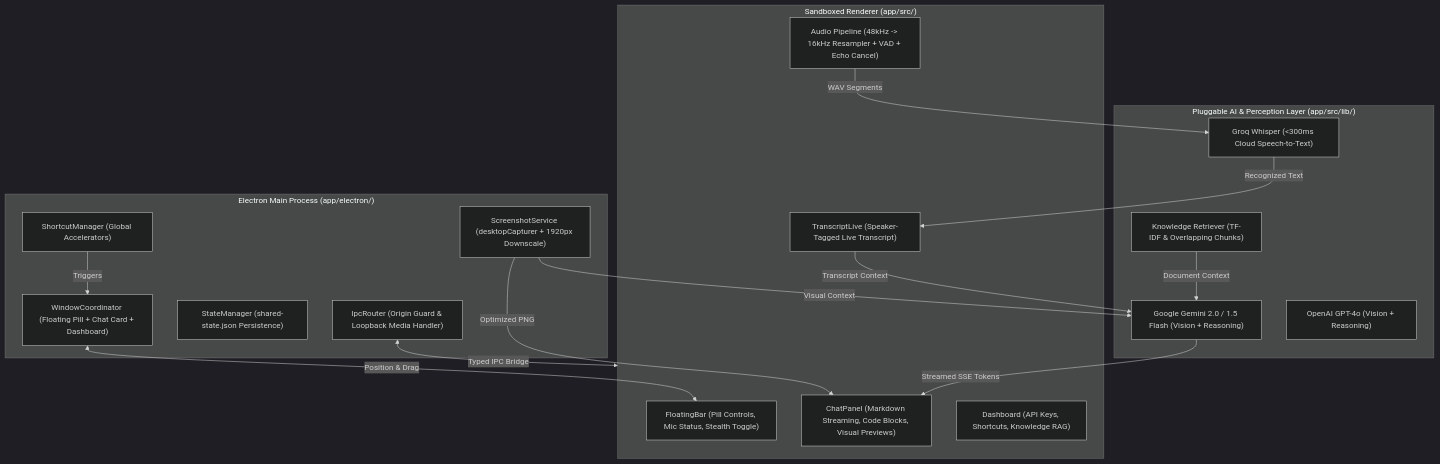
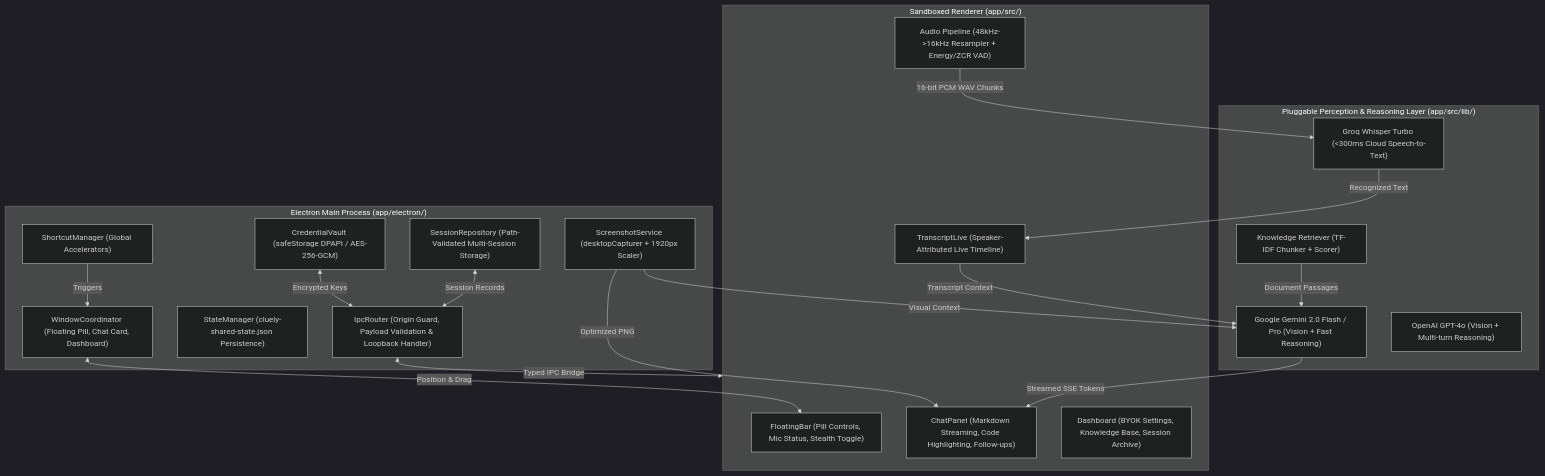
One commit to MokuLakshithReddy/Cluely-AI-Desktop-Assistant changed the diagram in README.md. Above: the diagram before and after it, drawn with Mermaid (dark theme). The commit also changed other lines of this file, not shown here.

Commit message:
docs: comprehensive update to README with detailed architecture, verification matrix, and usage guide

````diff
--- a/README.md
+++ b/README.md
@@ -98,36 +114,40 @@
 ```mermaid
 flowchart TD
     subgraph PrivilegedMain ["Electron Main Process (app/electron/)"]
-        Coord["WindowCoordinator (Floating Pill + Chat Card + Dashboard)"]
+        Coord["WindowCoordinator (Floating Pill, Chat Card, Dashboard)"]
         Shortcuts["ShortcutManager (Global Accelerators)"]
-        ScreenSvc["ScreenshotService (desktopCapturer + 1920px Downscale)"]
-        StateMgr["StateManager (shared-state.json Persistence)"]
-        IpcSec["IpcRouter (Origin Guard & Loopback Media Handler)"]
+        ScreenSvc["ScreenshotService (desktopCapturer + 1920px Scaler)"]
+        StateMgr["StateManager (cluely-shared-state.json Persistence)"]
+        VaultSvc["CredentialVault (safeStorage DPAPI / AES-256-GCM)"]
+        SessionRepo["SessionRepository (Path-Validated Multi-Session Storage)"]
+        IpcSec["IpcRouter (Origin Guard, Payload Validation & Loopback Handler)"]
     end
 
     subgraph SandboxedUI ["Sandboxed Renderer (app/src/)"]
         PillUI["FloatingBar (Pill Controls, Mic Status, Stealth Toggle)"]
-        ChatUI["ChatPanel (Markdown Streaming, Code Blocks, Visual Previews)"]
-        TransUI["TranscriptLive (Speaker-Tagged Live Transcript)"]
-        DashUI["Dashboard (API Keys, Shortcuts, Knowledge RAG)"]
-        AudioEng["Audio Pipeline (48kHz -> 16kHz Resampler + VAD + Echo Cancel)"]
+        ChatUI["ChatPanel (Markdown Streaming, Code Highlighting, Follow-ups)"]
+        TransUI["TranscriptLive (Speaker-Attributed Live Timeline)"]
+        DashUI["Dashboard (BYOK Settings, Knowledge Base, Session Archive)"]
+        AudioEng["Audio Pipeline (48kHz->16kHz Resampler + Energy/ZCR VAD)"]
     end
 
-    subgraph AIAdapters ["Pluggable AI & Perception Layer (app/src/lib/)"]
-        Gemini["Google Gemini 2.0 / 1.5 Flash (Vision + Reasoning)"]
-        OpenAI["OpenAI GPT-4o (Vision + Reasoning)"]
-        Groq["Groq Whisper (<300ms Cloud Speech-to-Text)"]
-        RAG["Knowledge Retriever (TF-IDF & Overlapping Chunks)"]
+    subgraph AIAdapters ["Pluggable Perception & Reasoning Layer (app/src/lib/)"]
+        Gemini["Google Gemini 2.0 Flash / Pro (Vision + Fast Reasoning)"]
+        OpenAI["OpenAI GPT-4o (Vision + Multi-turn Reasoning)"]
+        Groq["Groq Whisper Turbo (<300ms Cloud Speech-to-Text)"]
+        RAG["Knowledge Retriever (TF-IDF Chunker + Scorer)"]
     end
 
     Shortcuts -->|Triggers| Coord
     Coord <-->|Position & Drag| PillUI
     IpcSec <-->|Typed IPC Bridge| SandboxedUI
     ScreenSvc -->|Optimized PNG| ChatUI
-    AudioEng -->|WAV Segments| Groq
+    AudioEng -->|16-bit PCM WAV Chunks| Groq
     Groq -->|Recognized Text| TransUI
     TransUI -->|Transcript Context| Gemini
     ScreenSvc -->|Visual Context| Gemini
-    RAG -->|Document Context| Gemini
+    RAG -->|Document Passages| Gemini
     Gemini -->|Streamed SSE Tokens| ChatUI
+    VaultSvc <-->|Encrypted Keys| IpcSec
+    SessionRepo <-->|Session Records| IpcSec
 ```
````
